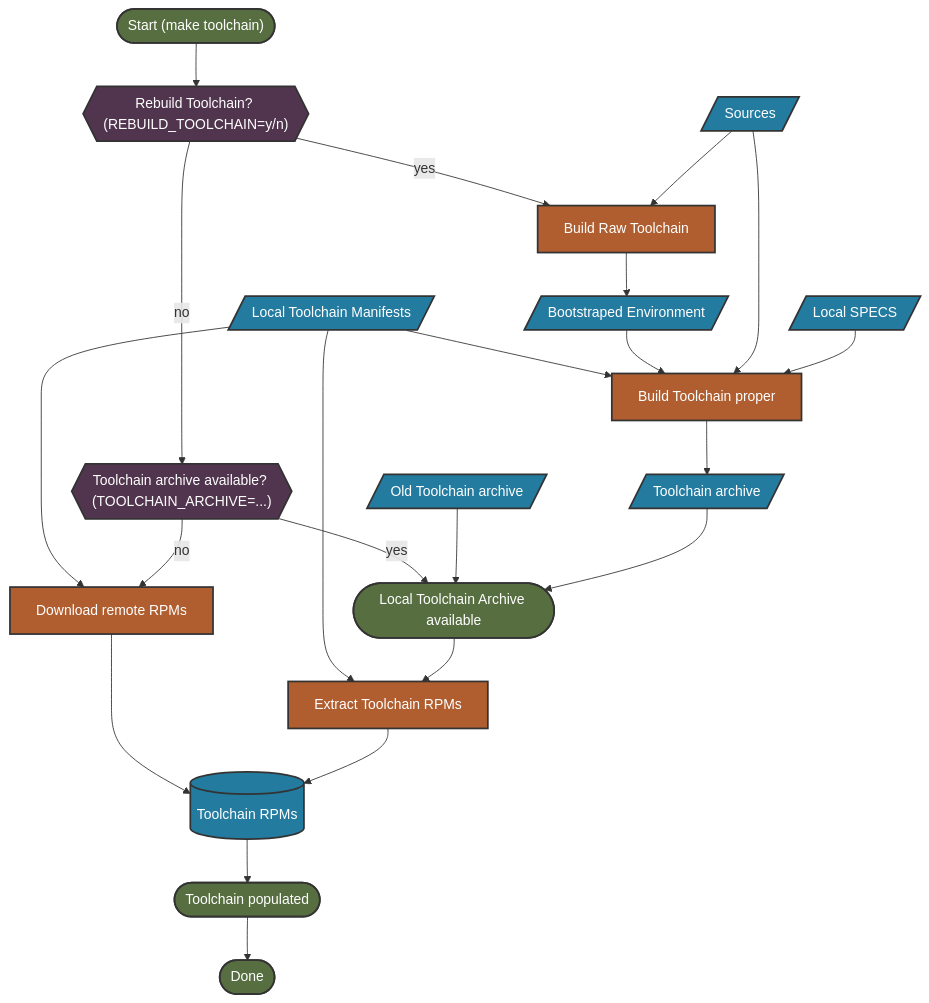
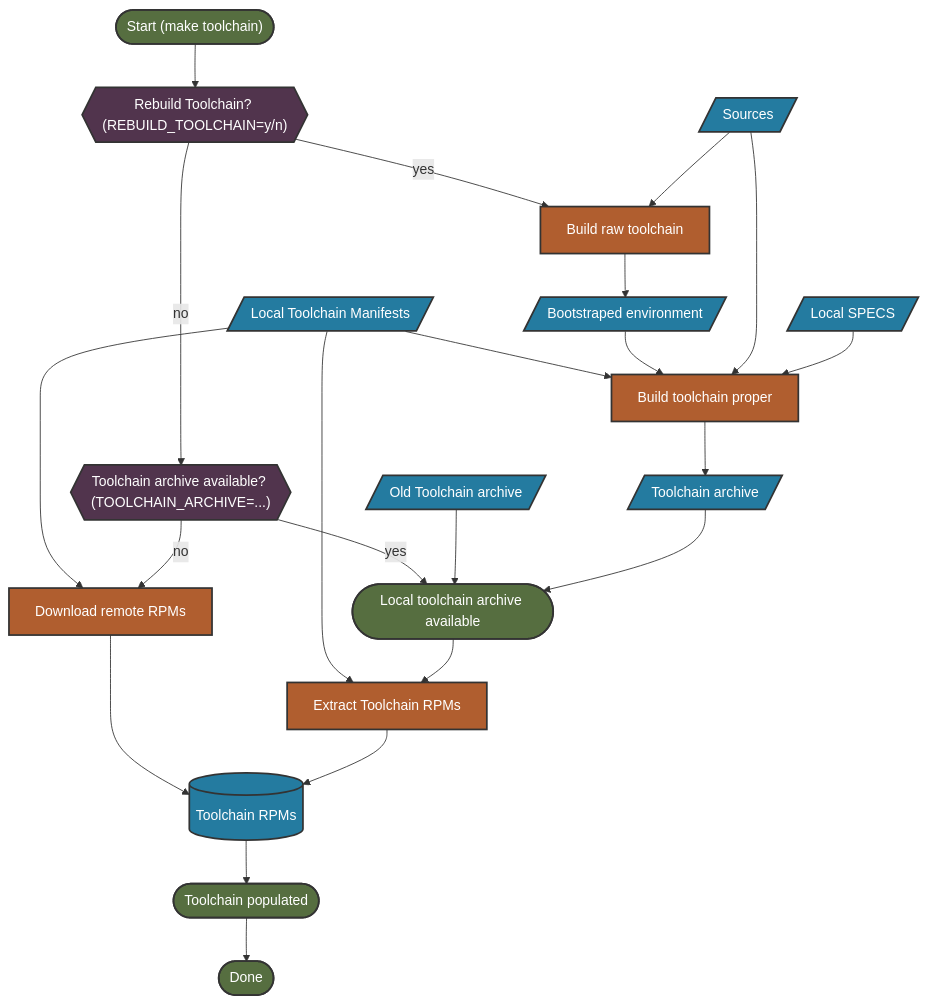
The fourth of 6 diagrams in toolkit/docs/how_it_works/0_intro.md (microsoft/azurelinux), drawn with Mermaid before and after one commit. The commit also changed other lines of this file, not shown here.

Commit message:
Standardize graph link syntax and capitals

````diff
--- a/toolkit/docs/how_it_works/0_intro.md
+++ b/toolkit/docs/how_it_works/0_intro.md
@@ -102,55 +102,55 @@
 ```mermaid
 flowchart TD
 
     %% style definitions
     classDef io fill:#247BA0,stroke:#333,stroke-width:2px,color:#fff;
     classDef process fill:#B05E2F,stroke:#333,stroke-width:2px,color:#fff;
     classDef decision fill:#51344D,stroke:#333,stroke-width:2px,color:#fff;
     classDef goodState fill:#566E40,stroke:#333,stroke-width:2px,color:#fff;
     classDef badState fill:#BC4B51,stroke:#333,stroke-width:2px,color:#fff;
 
     %% state nodes
     start(["Start (make toolchain)"]):::goodState
     done([Done]):::goodState
     %% error[[Error]]:::badState
 
     %% TC nodes
     tcManifests[/Local Toolchain Manifests/]:::io
     tcRebuild{{"Rebuild Toolchain? (REBUILD_TOOLCHAIN=y/n)"}}:::decision
     toolchainChoice{{"Toolchain archive available? (TOOLCHAIN_ARCHIVE=...)"}}:::decision
     tcPopulated([Toolchain populated]):::goodState
     tcRPMs[(Toolchain RPMs)]:::io
     tcArchiveOld[/Old Toolchain archive/]:::io
     tcArchiveNew[/Toolchain archive/]:::io
-    pullTC([Local Toolchain Archive available]):::goodState
+    pullTC([Local toolchain archive available]):::goodState
     hydrateTC[Extract Toolchain RPMs]:::process
-    buildRawTC[Build Raw Toolchain]:::process
+    buildRawTC[Build raw toolchain]:::process
     sources[/Sources/]:::io
     localSpecs[/Local SPECS/]:::io
-    bsRPMS[/Bootstraped Environment/]:::io
-    buildTC[Build Toolchain proper]:::process
+    bsRPMS[/Bootstraped environment/]:::io
+    buildTC[Build toolchain proper]:::process
     pullRemote[Download remote RPMs]:::process
 
     %% TC flow
     start --> tcRebuild
     tcRebuild -->|yes| buildRawTC
-    sources-->buildRawTC
+    sources --> buildRawTC
     tcManifests --> hydrateTC
     tcManifests --> pullRemote
     tcManifests --> buildTC
-    tcRebuild -->|no|toolchainChoice
+    tcRebuild -->|no| toolchainChoice
     toolchainChoice -->|no| pullRemote
     toolchainChoice -->|yes| pullTC 
     pullRemote --> tcRPMs
-    pullTC -->hydrateTC
+    pullTC --> hydrateTC
     tcArchiveOld --> pullTC
     hydrateTC --> tcRPMs
     buildRawTC --> bsRPMS
     bsRPMS --> buildTC
-    sources-->buildTC
+    sources --> buildTC
     localSpecs --> buildTC
     buildTC --> tcArchiveNew
     tcArchiveNew --> pullTC
-    tcRPMs-->tcPopulated
+    tcRPMs --> tcPopulated
     tcPopulated --> done
 ```
````
